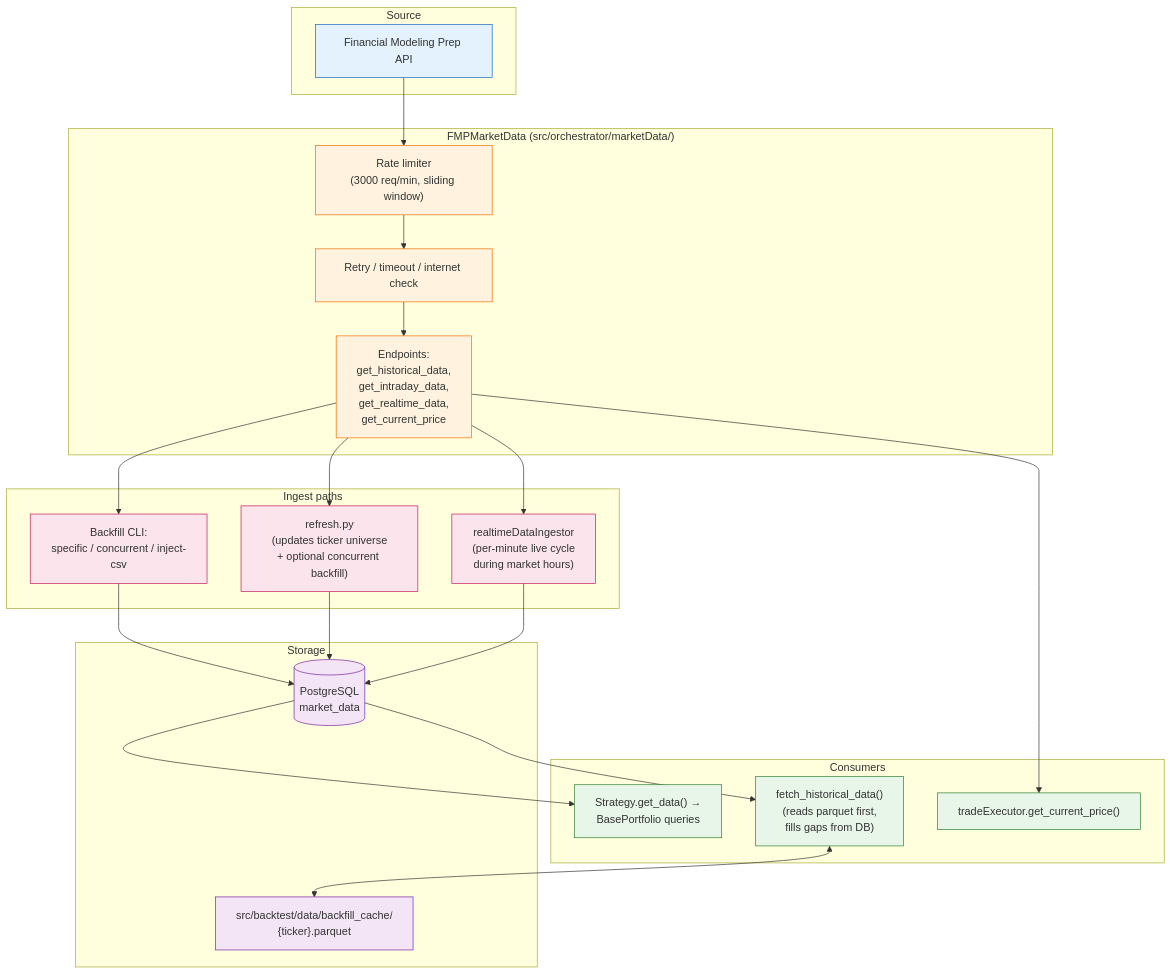
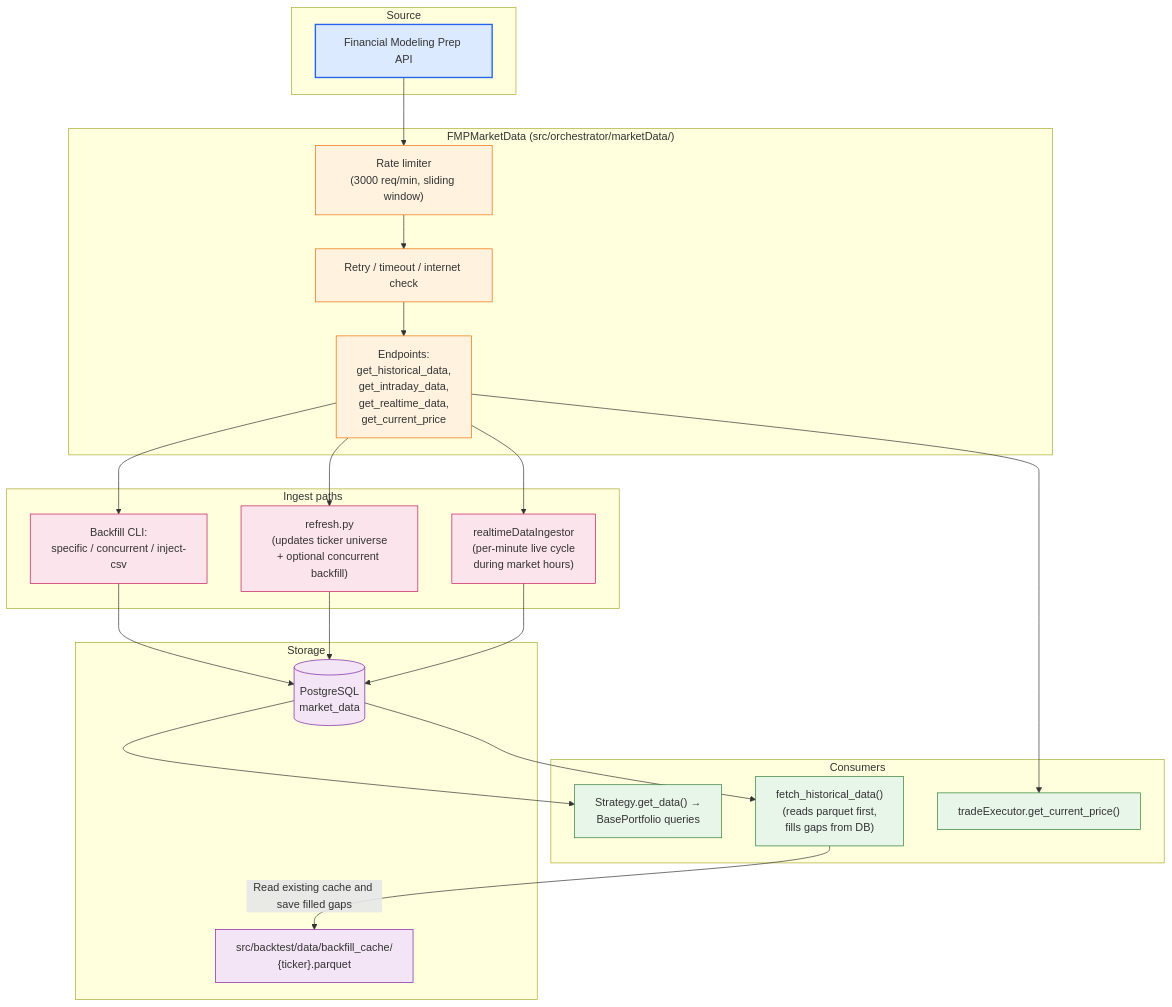
One commit to MUNQuantSociety/MQSMaster changed the first of 6 diagrams in docs/workflows/data-pipeline.md. Above: the diagram before and after it, drawn with Mermaid. The commit also changed other lines of this file and 12 other files, not shown here.

Commit message:
docs: make workflow diagrams top-down hierarchies

````diff
--- a/docs/workflows/data-pipeline.md
+++ b/docs/workflows/data-pipeline.md
@@ -13,56 +13,57 @@
 ```mermaid
 flowchart TD
     subgraph Source["Source"]
         FMP["Financial Modeling Prep API"]
     end
 
     subgraph Client["FMPMarketData (src/orchestrator/marketData/)"]
         RL["Rate limiter<br/>(3000 req/min, sliding window)"]
         RT["Retry / timeout / internet check"]
         EP["Endpoints:<br/>get_historical_data,<br/>get_intraday_data,<br/>get_realtime_data,<br/>get_current_price"]
     end
 
     subgraph Ingest["Ingest paths"]
         BF["Backfill CLI:<br/>specific / concurrent / inject-csv"]
         REFRESH["refresh.py<br/>(updates ticker universe<br/>+ optional concurrent backfill)"]
         RTI["realtimeDataIngestor<br/>(per-minute live cycle<br/>during market hours)"]
     end
 
     subgraph Storage["Storage"]
         DB[(PostgreSQL<br/>market_data)]
         PARQUET["src/backtest/data/backfill_cache/<br/>{ticker}.parquet"]
     end
 
     subgraph Consumers["Consumers"]
         STRAT["Strategy.get_data() →<br/>BasePortfolio queries"]
         EXEC["tradeExecutor.get_current_price()"]
         BTUTILS["fetch_historical_data()<br/>(reads parquet first,<br/>fills gaps from DB)"]
     end
 
     FMP --> RL --> RT --> EP
 
     EP --> BF
     EP --> REFRESH
     EP --> RTI
     EP --> EXEC
 
     BF --> DB
     REFRESH --> DB
     RTI --> DB
 
     DB --> STRAT
     DB --> BTUTILS
-    BTUTILS <--> PARQUET
+    BTUTILS -->|"Read existing cache and save filled gaps"| PARQUET
 
     classDef source fill:#e3f2fd,stroke:#1565c0
     classDef client fill:#fff3e0,stroke:#ef6c00
     classDef ingest fill:#fce4ec,stroke:#c2185b
     classDef storage fill:#f3e5f5,stroke:#7b1fa2
     classDef consumer fill:#e8f5e9,stroke:#2e7d32
 
     class FMP source
     class RL,RT,EP client
     class BF,REFRESH,RTI ingest
     class DB,PARQUET storage
     class STRAT,EXEC,BTUTILS consumer
+    style FMP fill:#dbeafe,stroke:#2563eb,stroke-width:2px
 ```
````
